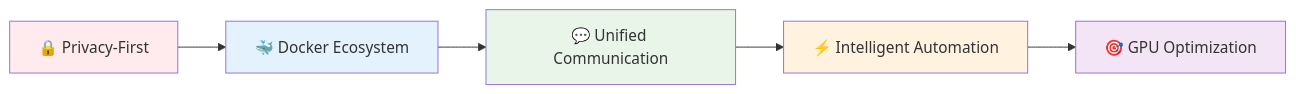
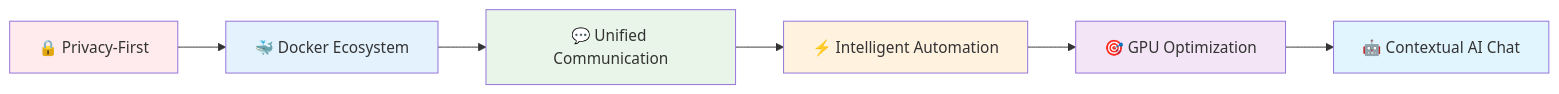
The fifth of 7 diagrams in README.md (Logulokesh/KinAI-Ecosystem), drawn with Mermaid before and after one commit. The commit also changed other lines of this file, not shown here.

````diff
--- a/README.md
+++ b/README.md
@@ -356,13 +481,15 @@
 ```mermaid
 graph LR
     A[🔒 Privacy-First] --> B[🐳 Docker Ecosystem]
     B --> C[💬 Unified Communication]
     C --> D[⚡ Intelligent Automation]
     D --> E[🎯 GPU Optimization]
+    E --> F[🤖 Contextual AI Chat]
     
     style A fill:#ffebee
     style B fill:#e3f2fd
     style C fill:#e8f5e8
     style D fill:#fff3e0
     style E fill:#f3e5f5
+    style F fill:#e1f5fe
 ```
````
